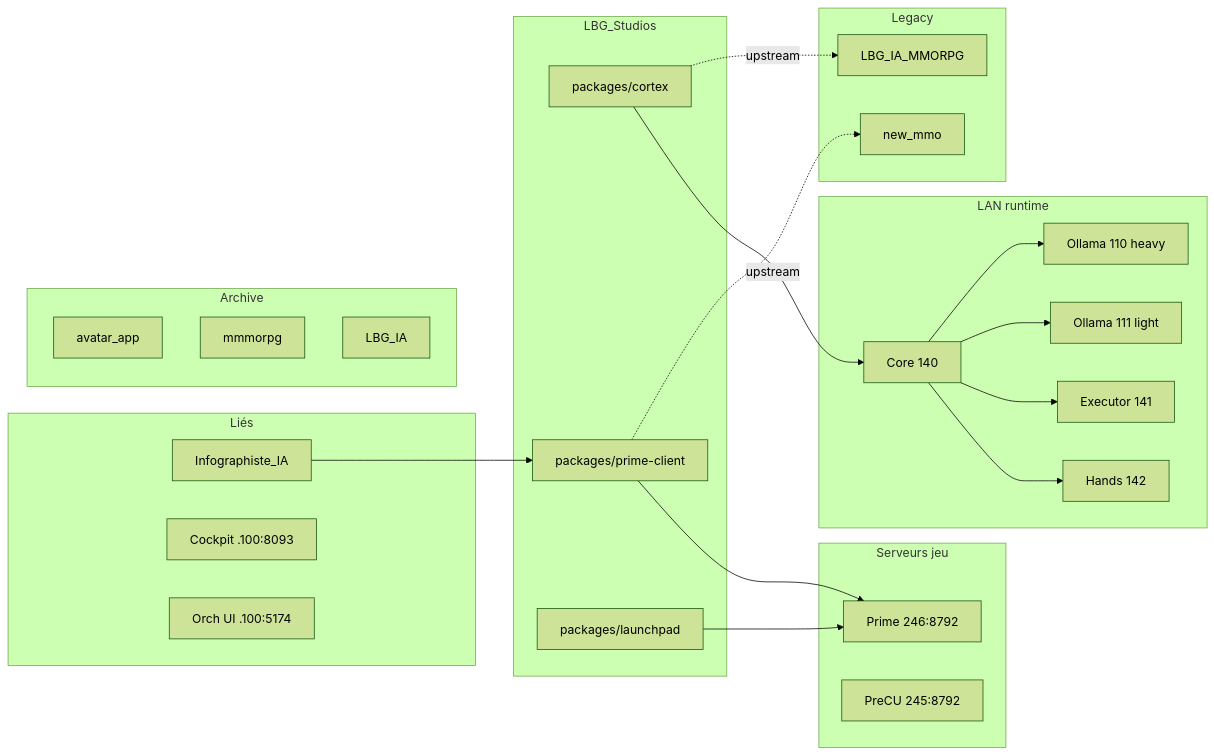
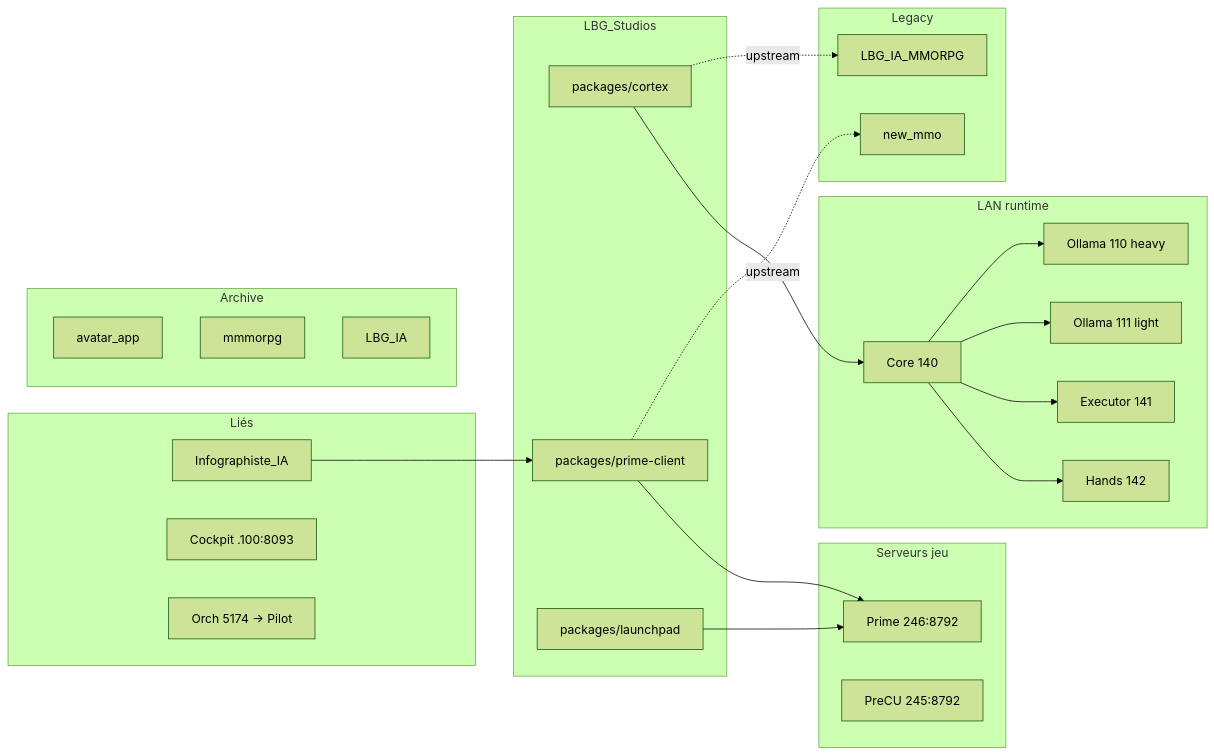
The diagram in docs/REGISTRE.md (Teome0245/LBG_Studios), drawn with Mermaid (forest theme) before and after one commit. The commit also changed other lines of this file and 57 other files, not shown here.

````diff
--- a/docs/REGISTRE.md
+++ b/docs/REGISTRE.md
@@ -110,43 +115,43 @@
 ```mermaid
 flowchart LR
   subgraph studios["LBG_Studios"]
     CX["packages/cortex"]
     PC["packages/prime-client"]
     LP["packages/launchpad"]
   end
   subgraph linked["Liés"]
     INFO["Infographiste_IA"]
     CK["Cockpit .100:8093"]
-    ORCH["Orch UI .100:5174"]
+    ORCH["Orch 5174 → Pilot"]
   end
   subgraph lan["LAN runtime"]
     H110["Ollama 110 heavy"]
     H111["Ollama 111 light"]
     H140["Core 140"]
     H141["Executor 141"]
     H142["Hands 142"]
   end
   subgraph game["Serveurs jeu"]
     P246["Prime 246:8792"]
     P245["PreCU 245:8792"]
   end
   subgraph arch["Archive"]
     AVA["avatar_app"]
     MMM["mmmorpg"]
     LIA["LBG_IA"]
   end
   subgraph legacy["Legacy"]
     MMO["LBG_IA_MMORPG"]
     NM["new_mmo"]
   end
   INFO --> PC
   CX -.->|"upstream"| MMO
   PC -.->|"upstream"| NM
   CX --> H140
   H140 --> H110
   H140 --> H111
   H140 --> H141
   H140 --> H142
   LP --> P246
   PC --> P246
 ```
````
